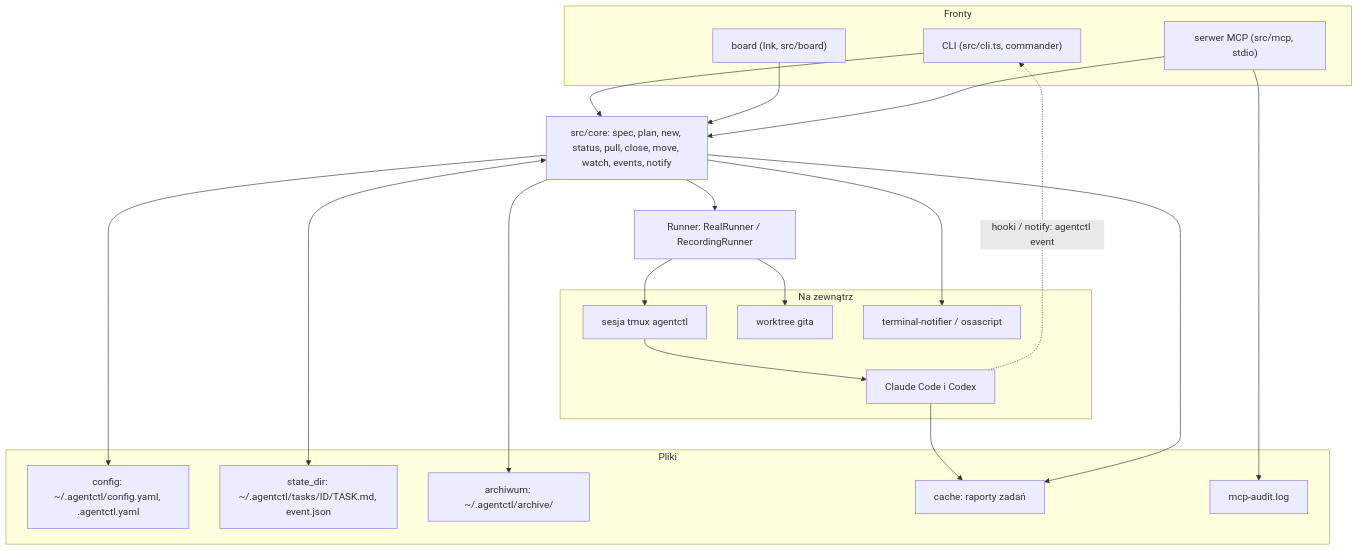
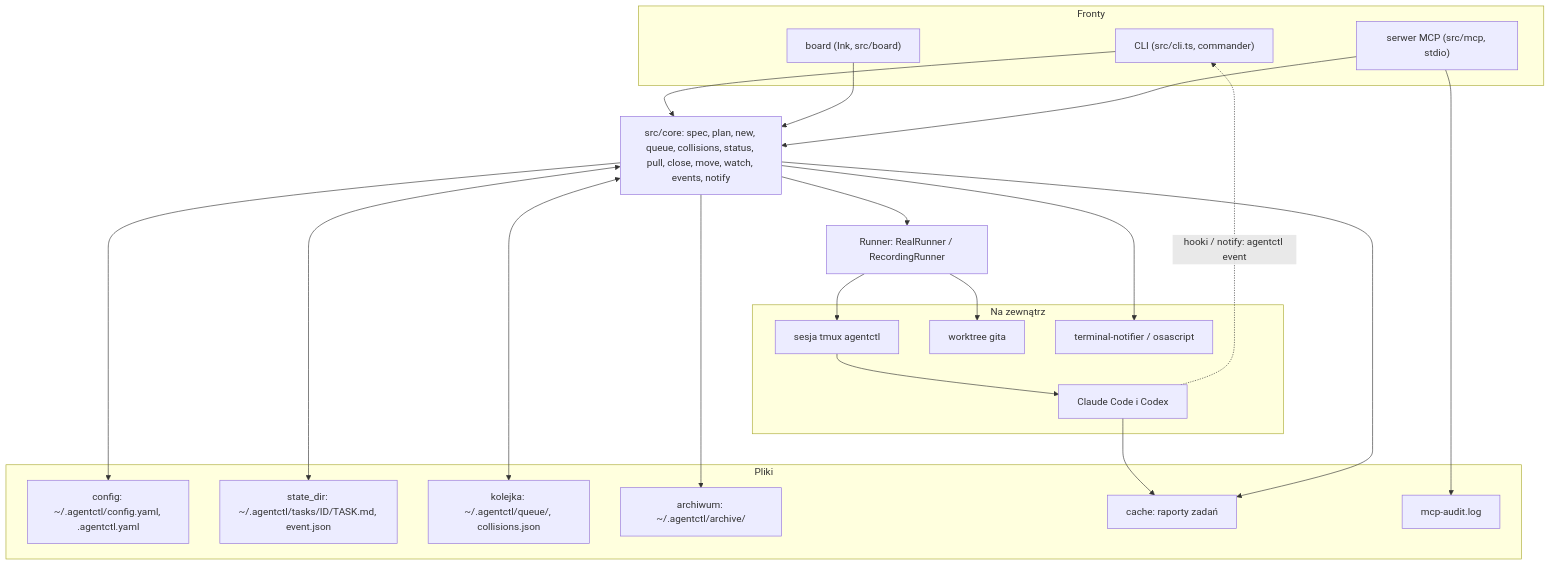
One commit to Setech-pl/agentctl changed the second of 3 diagrams in README.pl.md. Above: the diagram before and after it, drawn with Mermaid. The commit also changed other lines of this file and 7 other files, not shown here.

Commit message:
Documentation for 0.9.0: Queue, Dependencies and Collisions in both READMEs, details, configuration and MCP docs, diagrams with the queue, CHANGELOG, version 0.9.0

````diff
--- a/README.pl.md
+++ b/README.pl.md
@@ -70,38 +80,40 @@
 ```mermaid
 flowchart TB
     subgraph fronts [Fronty]
         CLI["CLI (src/cli.ts, commander)"]
         BOARD["board (Ink, src/board)"]
         MCP["serwer MCP (src/mcp, stdio)"]
     end
-    CORE["src/core: spec, plan, new, status, pull, close, move, watch, events, notify"]
+    CORE["src/core: spec, plan, new, queue, collisions, status, pull, close, move, watch, events, notify"]
     RUN["Runner: RealRunner / RecordingRunner"]
     subgraph world [Na zewnątrz]
         TMUX[sesja tmux agentctl]
         GIT[worktree gita]
         AG[Claude Code i Codex]
         NOTE[terminal-notifier / osascript]
     end
     subgraph disk [Pliki]
         CFG["config: ~/.agentctl/config.yaml, .agentctl.yaml"]
         STATE["state_dir: ~/.agentctl/tasks/ID/TASK.md, event.json"]
+        QUEUE["kolejka: ~/.agentctl/queue/, collisions.json"]
         ARCH["archiwum: ~/.agentctl/archive/"]
         REP["cache: raporty zadań"]
         AUDIT["mcp-audit.log"]
     end
     CLI --> CORE
     BOARD --> CORE
     MCP --> CORE
     CORE --> RUN
     RUN --> TMUX
     RUN --> GIT
     TMUX --> AG
     AG -. "hooki / notify: agentctl event" .-> CLI
     CORE --> NOTE
     CORE <--> STATE
+    CORE <--> QUEUE
     CORE --> ARCH
     CORE --> CFG
     AG --> REP
     CORE --> REP
     MCP --> AUDIT
 ```
````
